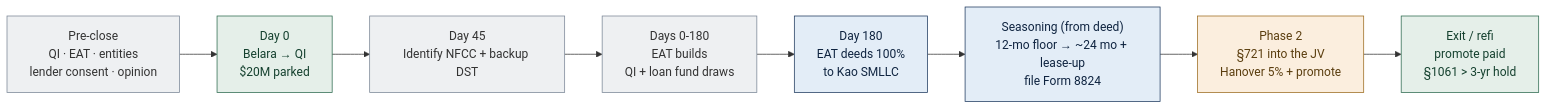
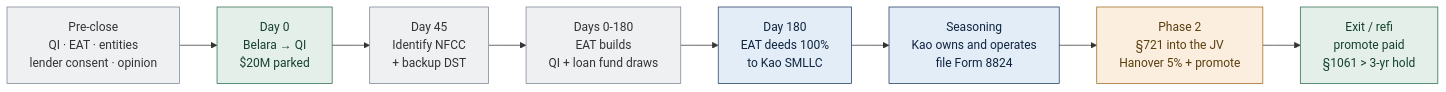
The fourth of 7 diagrams in North_Forsyth_1031_Diagrams.md (EthanCow/North-Forsyth-1031-Diagrams), drawn with Mermaid before and after one commit. The commit also changed other lines of this file and 1 other file, not shown here.

First line of the commit message:
Restore flowcharts and add per-party diagrams; fix strikethrough

````diff
--- a/North_Forsyth_1031_Diagrams.md
+++ b/North_Forsyth_1031_Diagrams.md
@@ -65,16 +141,16 @@
 ```mermaid
 flowchart LR
   A["Pre-close<br/>QI · EAT · entities<br/>lender consent · opinion"]:::neutral
   B["Day 0<br/>Belara → QI<br/>$20M parked"]:::asset
-  C["Day 45<br/>Identify NFCC + backup DST"]:::neutral
+  C["Day 45<br/>Identify NFCC<br/>+ backup DST"]:::neutral
   D["Days 0-180<br/>EAT builds<br/>QI + loan fund draws"]:::neutral
   E["Day 180<br/>EAT deeds 100%<br/>to Kao SMLLC"]:::kao
-  F["Seasoning (from deed)<br/>12-mo floor → ~24 mo + lease-up<br/>file Form 8824"]:::kao
+  F["Seasoning<br/>Kao owns and operates<br/>file Form 8824"]:::kao
   G["Phase 2<br/>§721 into the JV<br/>Hanover 5% + promote"]:::han
   H["Exit / refi<br/>promote paid<br/>§1061 > 3-yr hold"]:::asset
   A --> B --> C --> D --> E --> F --> G --> H
   classDef kao fill:#e3edf7,stroke:#1f3a5f,color:#0f2440;
   classDef han fill:#fbeede,stroke:#9c6b1e,color:#5a3d0e;
   classDef neutral fill:#eef0f2,stroke:#7a8696,color:#333;
   classDef asset fill:#e5efe9,stroke:#2d6a4f,color:#14402e;
 ```
````
